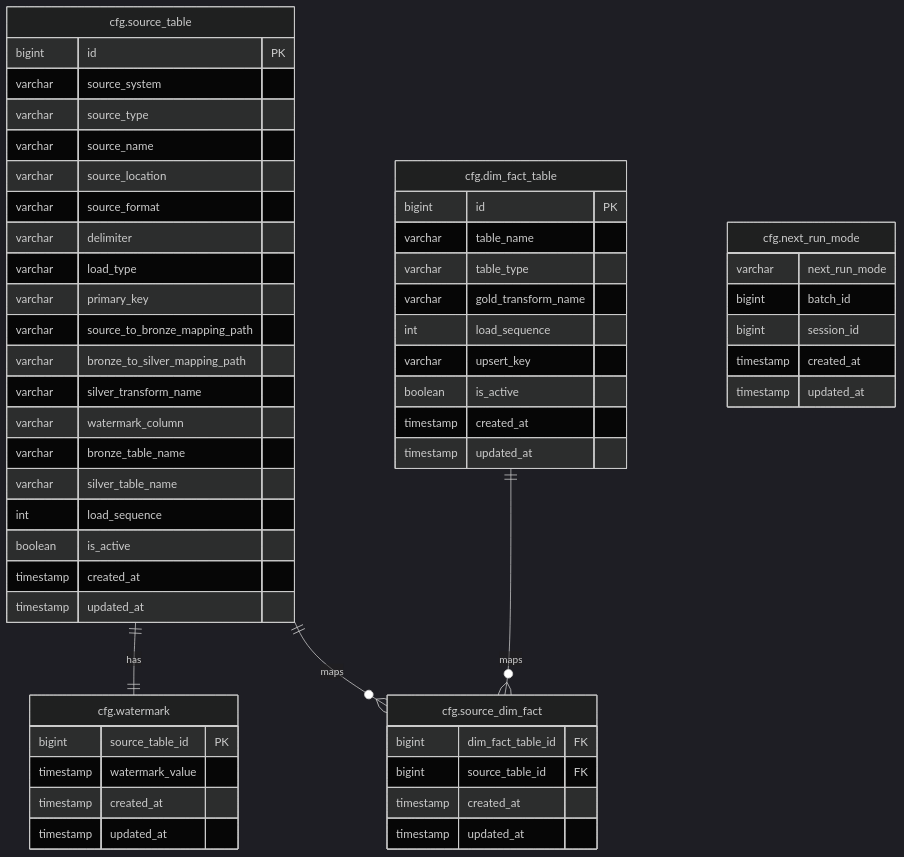
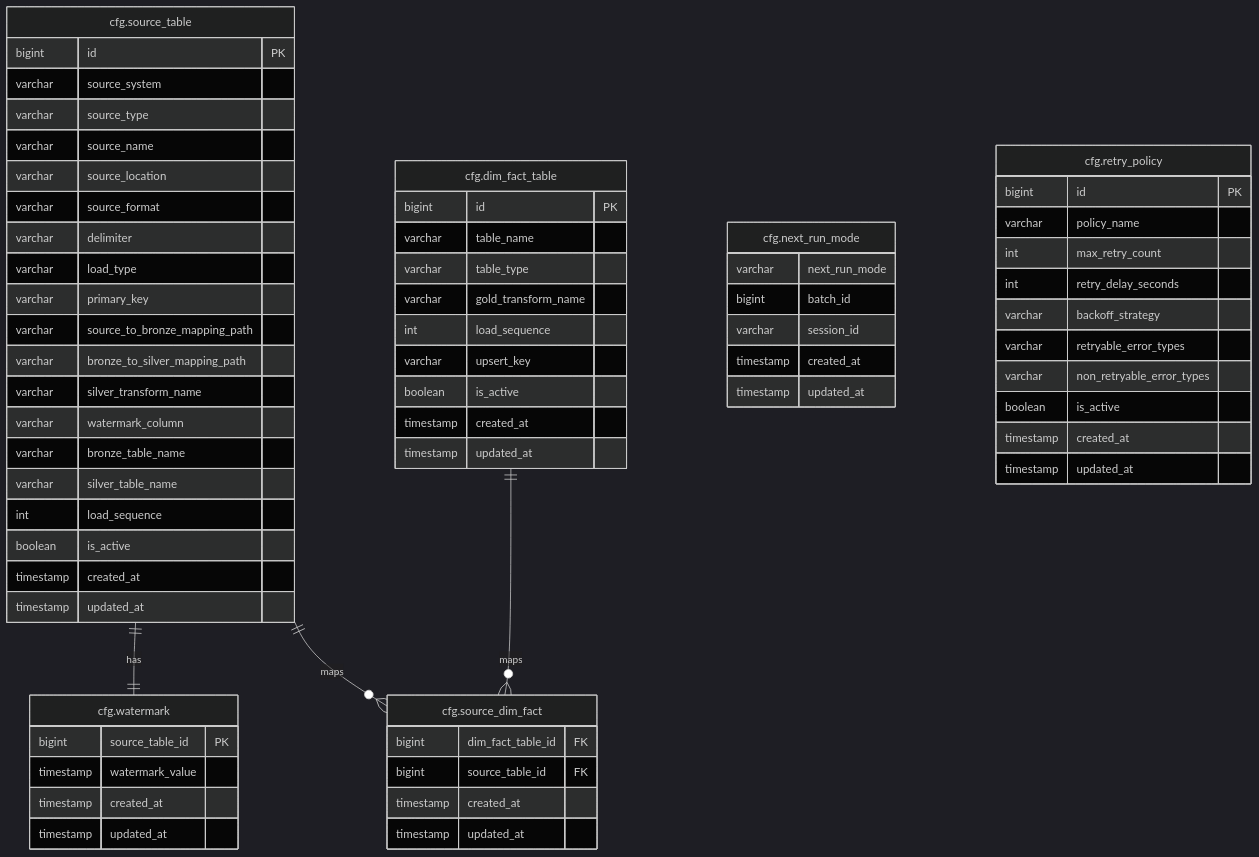
Before and after one commit to anhtnt90dev/rookies-data-dn-2026: the first of 2 diagrams in docs/architecture/team-1/data-workflow-control-strategy.md, drawn with Mermaid (dark theme). The commit also changed other lines of this file and 8 other files, not shown here.

````diff
--- a/docs/architecture/team-1/data-workflow-control-strategy.md
+++ b/docs/architecture/team-1/data-workflow-control-strategy.md
@@ -20,62 +20,75 @@
 ```mermaid
 erDiagram
     cfg.source_table ||--|| cfg.watermark : has
     cfg.source_table ||--o{ cfg.source_dim_fact : maps
     cfg.dim_fact_table ||--o{ cfg.source_dim_fact : maps
 
     cfg.source_table {
         bigint id PK
         varchar source_system
         varchar source_type
         varchar source_name
         varchar source_location
         varchar source_format
         varchar delimiter
         varchar load_type
         varchar primary_key
         varchar source_to_bronze_mapping_path
         varchar bronze_to_silver_mapping_path
         varchar silver_transform_name
         varchar watermark_column
         varchar bronze_table_name
         varchar silver_table_name
         int load_sequence
         boolean is_active
         timestamp created_at
         timestamp updated_at
     }
 
     cfg.dim_fact_table {
         bigint id PK
         varchar table_name
         varchar table_type
         varchar gold_transform_name
         int load_sequence
         varchar upsert_key
         boolean is_active
         timestamp created_at
         timestamp updated_at
     }
 
     cfg.watermark {
         bigint source_table_id PK
         timestamp watermark_value
         timestamp created_at
         timestamp updated_at
     }
 
     cfg.source_dim_fact {
         bigint dim_fact_table_id FK
         bigint source_table_id FK
         timestamp created_at
         timestamp updated_at
     }
 
     cfg.next_run_mode {
         varchar next_run_mode
         bigint batch_id
-        bigint session_id
+        varchar session_id
+        timestamp created_at
+        timestamp updated_at
+    }
+
+    cfg.retry_policy {
+        bigint id PK
+        varchar policy_name
+        int max_retry_count
+        int retry_delay_seconds
+        varchar backoff_strategy
+        varchar retryable_error_types
+        varchar non_retryable_error_types
+        boolean is_active
         timestamp created_at
         timestamp updated_at
     }
 ```
````
